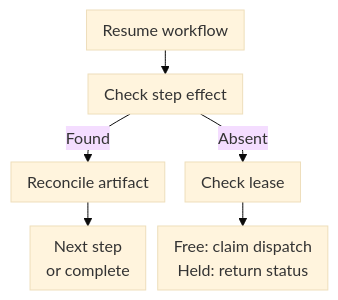
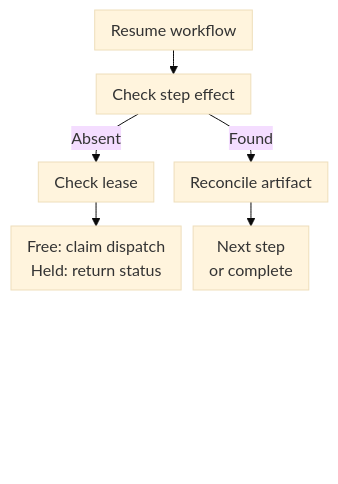
Before and after one commit to kartikhth-byte/AI-Workforce-Showcase: the fourth of 4 diagrams in docs/architecture.md, drawn with Mermaid (base theme). The commit also changed other lines of this file and 2 other files, not shown here.

Commit message:
Keep GitHub diagram controls clear of content

````diff
--- a/docs/architecture.md
+++ b/docs/architecture.md
@@ -110,15 +124,18 @@
 ```mermaid
 ---
 config:
   flowchart:
     nodeSpacing: 12
     rankSpacing: 24
     padding: 8
 ---
 flowchart TD
     R[Resume workflow] --> S[Check step effect]
     S -->|Found| C[Reconcile artifact]
     S -->|Absent| L[Check lease]
     C --> N[Next step<br/>or complete]
     L --> A[Free: claim dispatch<br/>Held: return status]
+    %% Blank footer keeps GitHub pan/zoom controls clear of content.
+    A & N ~~~ footer["<br/><br/><br/><br/><br/><br/>"]
+    style footer fill:transparent,stroke:transparent,color:transparent
 ```
````
